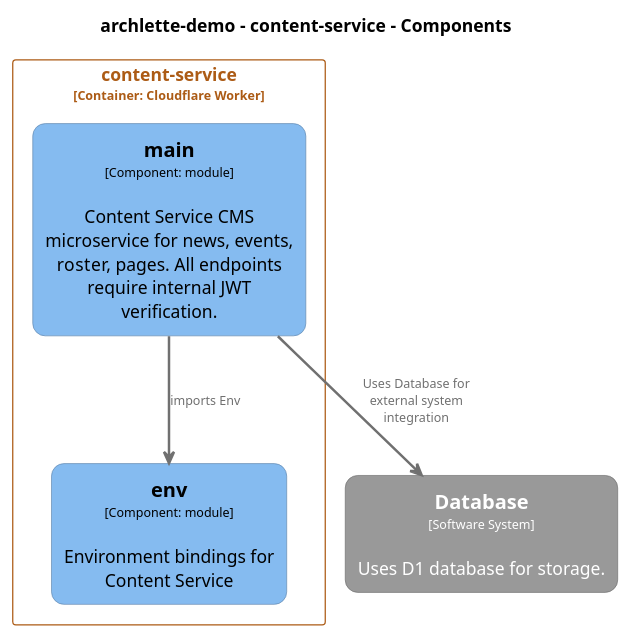
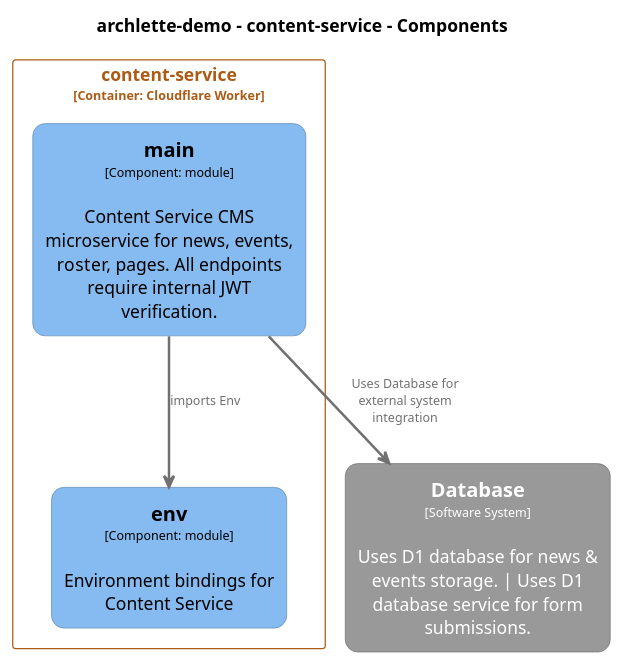
One commit to chrislyons-dev/flarelette-demo changed the diagram in docs/architecture/diagrams/plantuml/structurizr-Components_content_service.puml. Above: the diagram before and after it, drawn with PlantUML. The commit also changed 52 other files, not shown here.

```diff
--- a/docs/architecture/diagrams/plantuml/structurizr-Components_content_service.puml
+++ b/docs/architecture/diagrams/plantuml/structurizr-Components_content_service.puml
@@ -1,55 +1,55 @@
 @startuml
 set separator none
 title archlette-demo - content-service - Components
 
 top to bottom direction
 skinparam ranksep 60
 skinparam nodesep 30
 
 skinparam {
   arrowFontSize 10
   defaultTextAlignment center
   wrapWidth 200
   maxMessageSize 100
   defaultFontName "Arial"
 }
 
 hide stereotype
 
 skinparam rectangle<<Database>> {
   BackgroundColor #999999
   FontColor #ffffff
   BorderColor #6b6b6b
   roundCorner 20
   shadowing false
 }
 skinparam rectangle<<archlettedemo.contentservice.env>> {
   BackgroundColor #85bbf0
   FontColor #000000
   BorderColor #5d82a8
   roundCorner 20
   shadowing false
 }
 skinparam rectangle<<archlettedemo.contentservice.main>> {
   BackgroundColor #85bbf0
   FontColor #000000
   BorderColor #5d82a8
   roundCorner 20
   shadowing false
 }
 skinparam rectangle<<archlettedemo.contentservice>> {
   BorderColor #ac5b15
   FontColor #ac5b15
   shadowing false
 }
 
-rectangle "==Database\n<size:10>[Software System]</size>\n\nUses D1 database for storage." <<Database>> as Database
+rectangle "==Database\n<size:10>[Software System]</size>\n\nUses D1 database for news & events storage. | Uses D1 database service for form submissions." <<Database>> as Database
 
 rectangle "content-service\n<size:10>[Container: Cloudflare Worker]</size>" <<archlettedemo.contentservice>> {
   rectangle "==env\n<size:10>[Component: module]</size>\n\nEnvironment bindings for Content Service" <<archlettedemo.contentservice.env>> as archlettedemo.contentservice.env
   rectangle "==main\n<size:10>[Component: module]</size>\n\nContent Service CMS microservice for news, events, roster, pages. All endpoints require internal JWT verification." <<archlettedemo.contentservice.main>> as archlettedemo.contentservice.main
 }
 
 archlettedemo.contentservice.main -[#707070,thickness=2]-> archlettedemo.contentservice.env : "<color:#707070>imports Env"
 archlettedemo.contentservice.main -[#707070,thickness=2]-> Database : "<color:#707070>Uses Database for external system integration"
 @enduml
```
